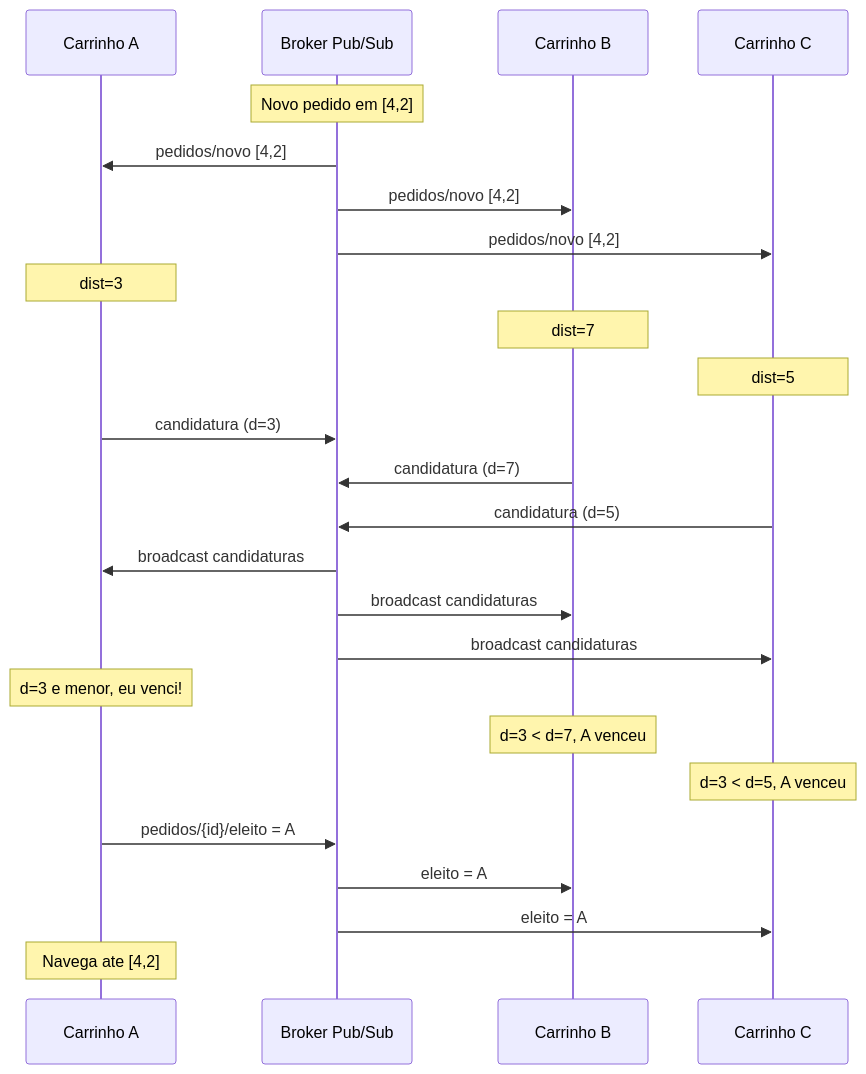
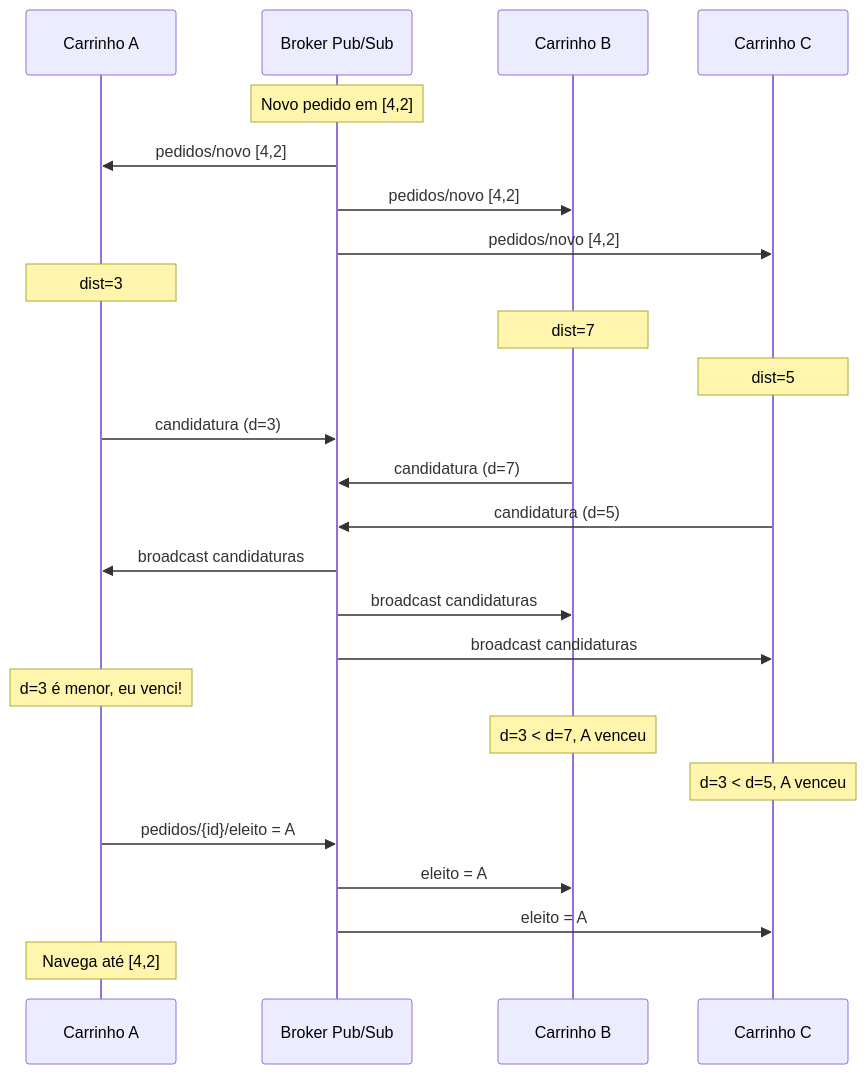
One commit to kaualimadesouza/EP_DSID changed the fourth of 5 diagrams in docs/PLANNING.md. Above: the diagram before and after it, drawn with Mermaid. The commit also changed other lines of this file and 5 other files, not shown here.

````diff
--- a/docs/PLANNING.md
+++ b/docs/PLANNING.md
@@ -118,34 +134,34 @@
 ```mermaid
 sequenceDiagram
     participant A as Carrinho A
     participant Broker as Broker Pub/Sub
     participant B as Carrinho B
     participant C as Carrinho C
 
     Note over Broker: Novo pedido em [4,2]
     Broker->>A: pedidos/novo [4,2]
     Broker->>B: pedidos/novo [4,2]
     Broker->>C: pedidos/novo [4,2]
 
     Note over A: dist=3
     Note over B: dist=7
     Note over C: dist=5
 
     A->>Broker: candidatura (d=3)
     B->>Broker: candidatura (d=7)
     C->>Broker: candidatura (d=5)
 
     Broker->>A: broadcast candidaturas
     Broker->>B: broadcast candidaturas
     Broker->>C: broadcast candidaturas
 
-    Note over A: d=3 e menor, eu venci!
+    Note over A: d=3 é menor, eu venci!
     Note over B: d=3 < d=7, A venceu
     Note over C: d=3 < d=5, A venceu
 
     A->>Broker: pedidos/{id}/eleito = A
     Broker->>B: eleito = A
     Broker->>C: eleito = A
 
-    Note over A: Navega ate [4,2]
+    Note over A: Navega até [4,2]
 ```
````
